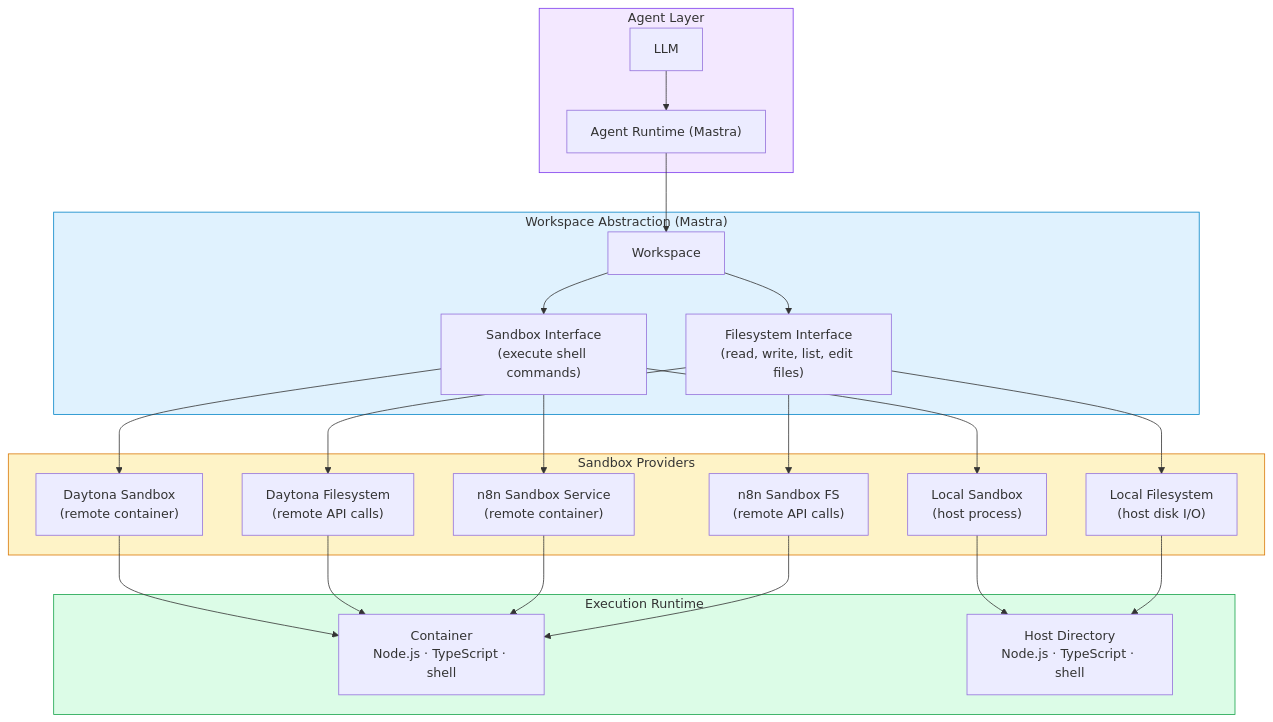
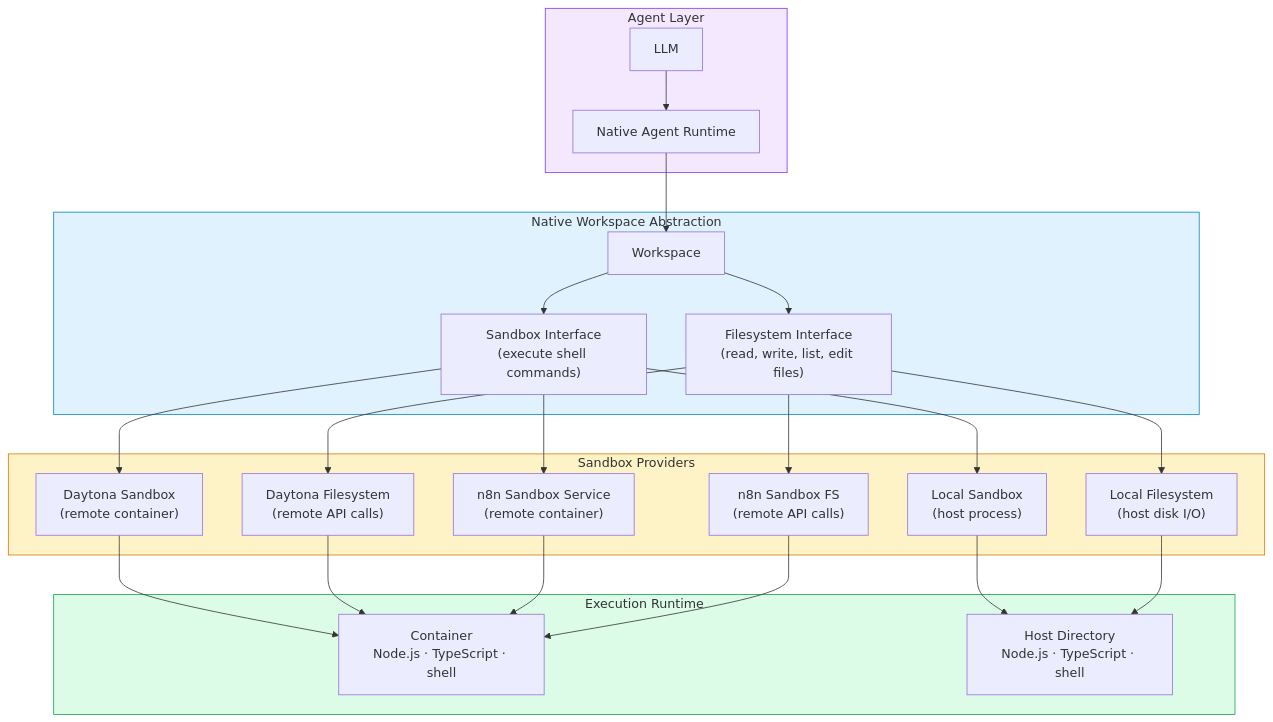
The first of 6 diagrams in packages/@n8n/instance-ai/docs/sandboxing.md (mayankjain1815-commits/n8n), drawn with Mermaid before and after one commit. The commit also changed other lines of this file and 5 other files, not shown here.

Commit message:
docs(instance-ai): update native agents architecture docs

````diff
--- a/packages/@n8n/instance-ai/docs/sandboxing.md
+++ b/packages/@n8n/instance-ai/docs/sandboxing.md
@@ -11,35 +14,35 @@
 ```mermaid
 graph TB
     subgraph Agent ["Agent Layer"]
-        LLM[LLM] --> AgentRuntime["Agent Runtime (Mastra)"]
+        LLM[LLM] --> AgentRuntime["Native Agent Runtime"]
     end
 
-    subgraph WorkspaceLayer ["Workspace Abstraction (Mastra)"]
+    subgraph WorkspaceLayer ["Native Workspace Abstraction"]
         AgentRuntime --> Workspace["Workspace"]
         Workspace --> FS["Filesystem Interface<br/>(read, write, list, edit files)"]
         Workspace --> Sandbox["Sandbox Interface<br/>(execute shell commands)"]
     end
 
     subgraph Providers ["Sandbox Providers"]
         FS --> DaytonaFS["Daytona Filesystem<br/>(remote API calls)"]
         FS --> LocalFS["Local Filesystem<br/>(host disk I/O)"]
         FS --> N8nFS["n8n Sandbox FS<br/>(remote API calls)"]
         Sandbox --> DaytonaSB["Daytona Sandbox<br/>(remote container)"]
         Sandbox --> N8nSB["n8n Sandbox Service<br/>(remote container)"]
         Sandbox --> LocalSB["Local Sandbox<br/>(host process)"]
     end
 
     subgraph Runtime ["Execution Runtime"]
         DaytonaSB --> Container["Container<br/>Node.js · TypeScript · shell"]
         DaytonaFS --> Container
         N8nSB --> Container
         N8nFS --> Container
         LocalSB --> HostDir["Host Directory<br/>Node.js · TypeScript · shell"]
         LocalFS --> HostDir
     end
 
     style Agent fill:#f3e8ff,stroke:#7c3aed
     style WorkspaceLayer fill:#e0f2fe,stroke:#0284c7
     style Providers fill:#fef3c7,stroke:#d97706
     style Runtime fill:#dcfce7,stroke:#16a34a
 ```
````
